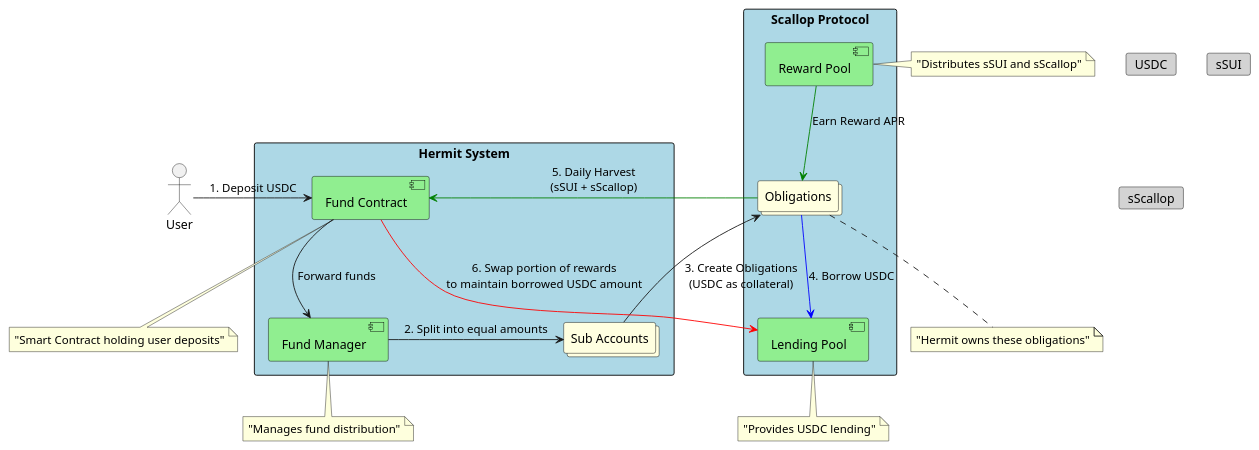
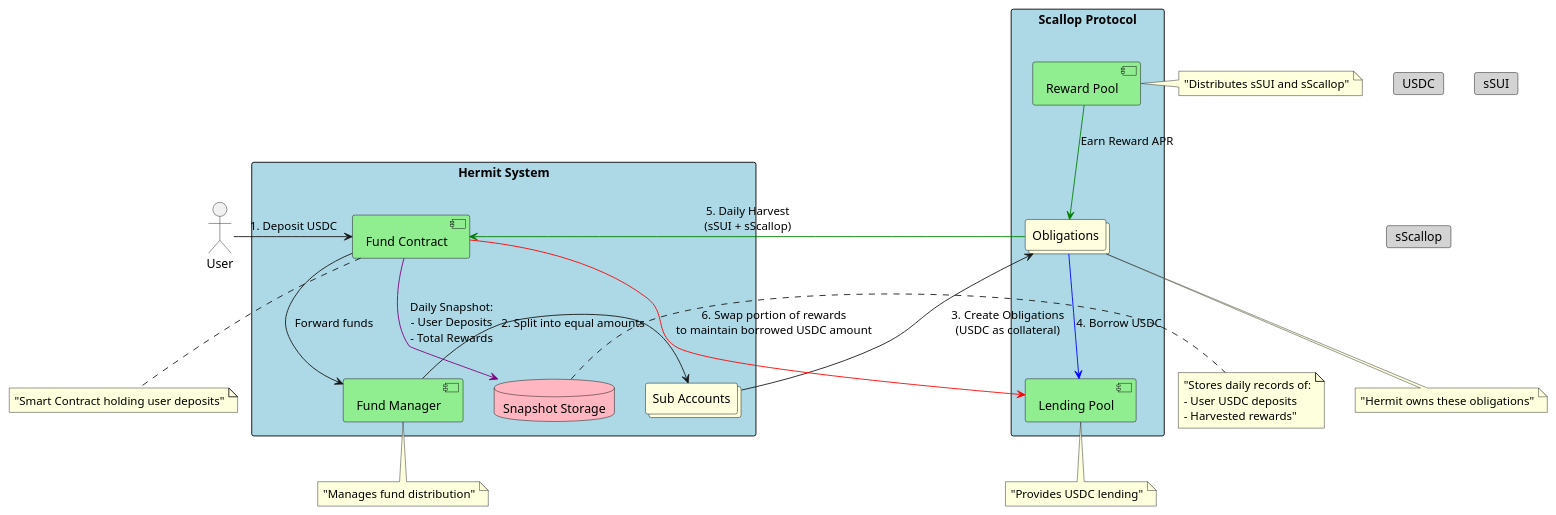
One commit to nierdna/hermit-diagrams changed the diagram in architecture_overview.wsd. Above: the diagram before and after it, drawn with PlantUML.

Commit message:
Add snapshot storage to architecture diagram
Enhance the architecture overview by introducing a new database component for storing daily snapshots of user deposits and harvested rewards, with updated styling and relationships.

```diff
--- a/architecture_overview.wsd
+++ b/architecture_overview.wsd
@@ -1,67 +1,77 @@
 @startuml Hermit System Architecture
 
 ' Define actors and components
 actor "User" as user
 rectangle "Hermit System" {
     component "Fund Contract" as fund
     component "Fund Manager" as fundManager
     collections "Sub Accounts" as subAccounts
+    database "Snapshot Storage" as snapshot
 }
 
 rectangle "Scallop Protocol" {
     collections "Obligations" as obligations
     component "Lending Pool" as lendingPool
     component "Reward Pool" as rewardPool
 }
 
 ' Define tokens and rewards
 card "USDC" as usdc
 card "sSUI" as ssui
 card "sScallop" as sscallop
 
 ' Define relationships and flows
 user -right-> fund : "1. Deposit USDC"
 fund -down-> fundManager : "Forward funds"
 fundManager -right-> subAccounts : "2. Split into equal amounts"
 subAccounts -right-> obligations : "3. Create Obligations\n(USDC as collateral)"
 
 obligations -[#blue]down-> lendingPool : "4. Borrow USDC"
 rewardPool -[#green]-> obligations : "Earn Reward APR"
 
 obligations -[#green]right-> fund : "5. Daily Harvest\n(sSUI + sScallop)"
 fund -[#red]down-> lendingPool : "6. Swap portion of rewards\nto maintain borrowed USDC amount"
 
+' Add snapshot relationships
+fund -[#purple]-> snapshot : "Daily Snapshot:\n- User Deposits\n- Total Rewards"
+
 ' Add notes
 note bottom of fund : "Smart Contract holding user deposits"
 note bottom of fundManager : "Manages fund distribution"
 note bottom of obligations : "Hermit owns these obligations"
 note bottom of lendingPool : "Provides USDC lending"
 note right of rewardPool : "Distributes sSUI and sScallop"
+note right of snapshot : "Stores daily records of:\n- User USDC deposits\n- Harvested rewards"
 
 ' Style
 skinparam rectangle {
     BackgroundColor LightBlue
     BorderColor Black
 }
 
 skinparam component {
     BackgroundColor LightGreen
     BorderColor Black
 }
 
 skinparam collections {
     BackgroundColor LightYellow
     BorderColor Black
 }
 
 skinparam card {
     BackgroundColor LightGray
     BorderColor Black
 }
 
+skinparam database {
+    BackgroundColor LightPink
+    BorderColor Black
+}
+
 ' Arrow colors
 skinparam arrow {
     Color Black
 }
 
 @enduml
```
